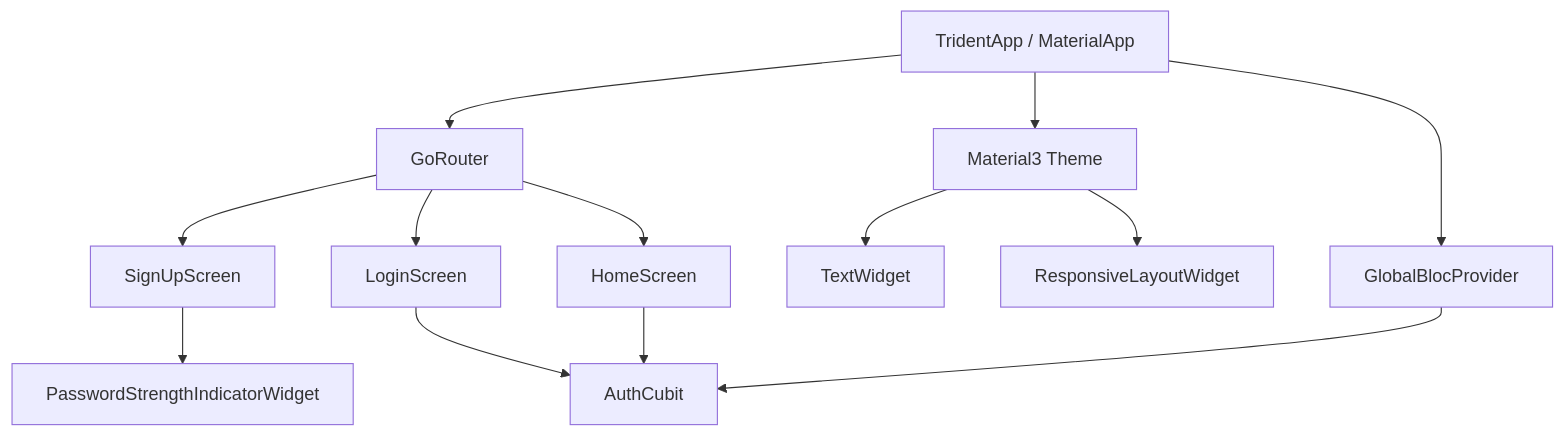
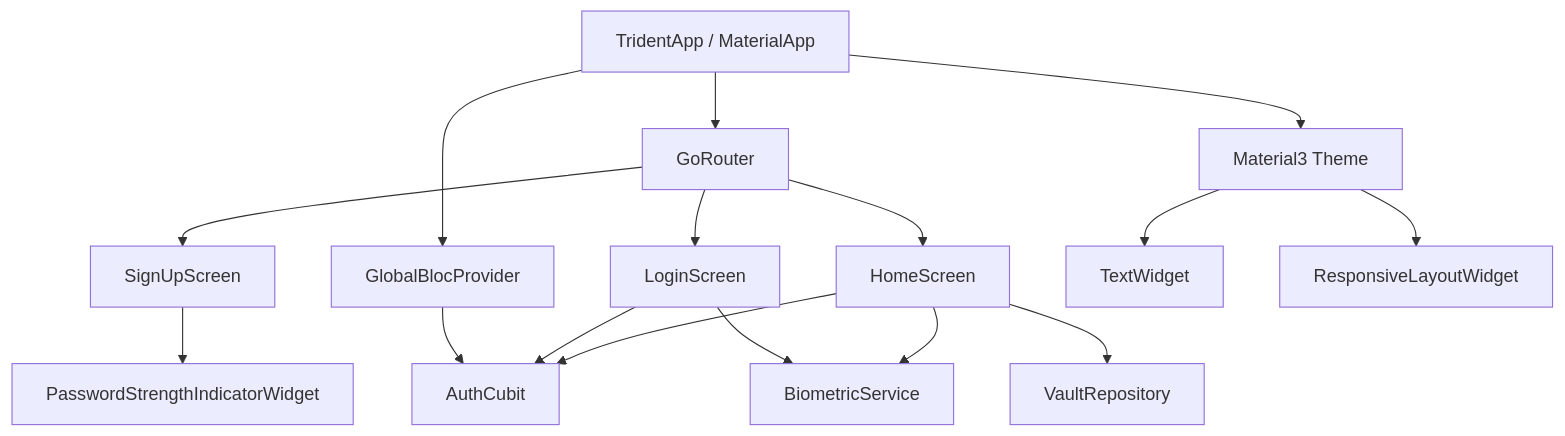
Diagram 18 of 19 in DEVELOPER_GUIDE.md (Mikeruss1418/Trident), drawn with Mermaid before and after one commit. The commit also changed other lines of this file and 17 other files, not shown here.

Commit message:
implementation of the biometric flow as well, for more details look inside the developer_guide.md

````diff
--- a/DEVELOPER_GUIDE.md
+++ b/DEVELOPER_GUIDE.md
@@ -515,18 +1138,21 @@
-``` mermaid
+```mermaid
 flowchart TD
     App[TridentApp / MaterialApp] --> Router[GoRouter]
     App --> Theme[Material3 Theme]
     App --> GlobalBloc[GlobalBlocProvider]
 
     GlobalBloc --> AuthCubit
     Router --> SignUp[SignUpScreen]
     Router --> Login[LoginScreen]
     Router --> Home[HomeScreen]
 
     SignUp --> PasswordStrength[PasswordStrengthIndicatorWidget]
     Login --> AuthCubit
+    Login --> BiometricService
     Home --> AuthCubit
+    Home --> VaultRepository
+    Home --> BiometricService
 
     Theme --> TextWidget
     Theme --> ResponsiveLayout[ResponsiveLayoutWidget]
 ```
````
